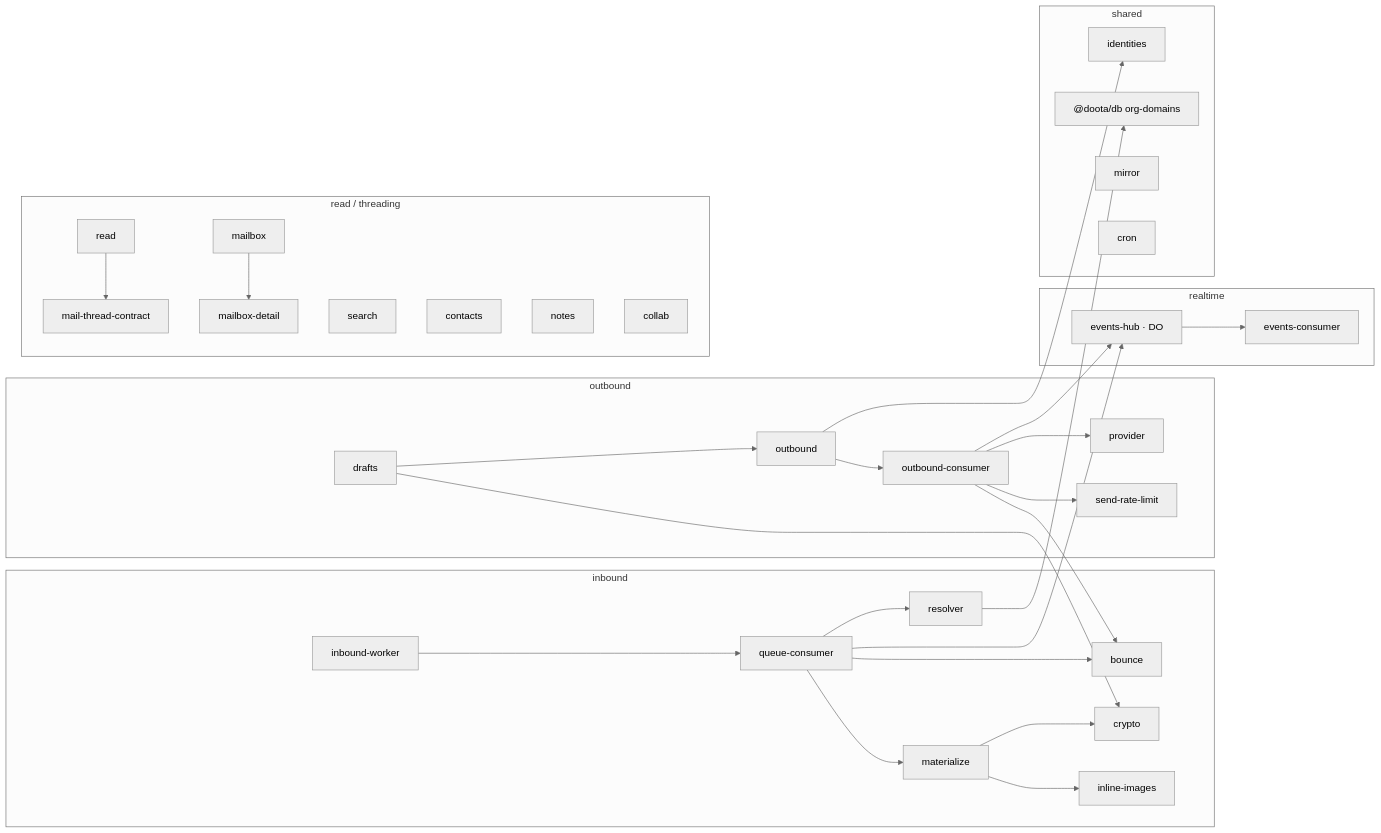
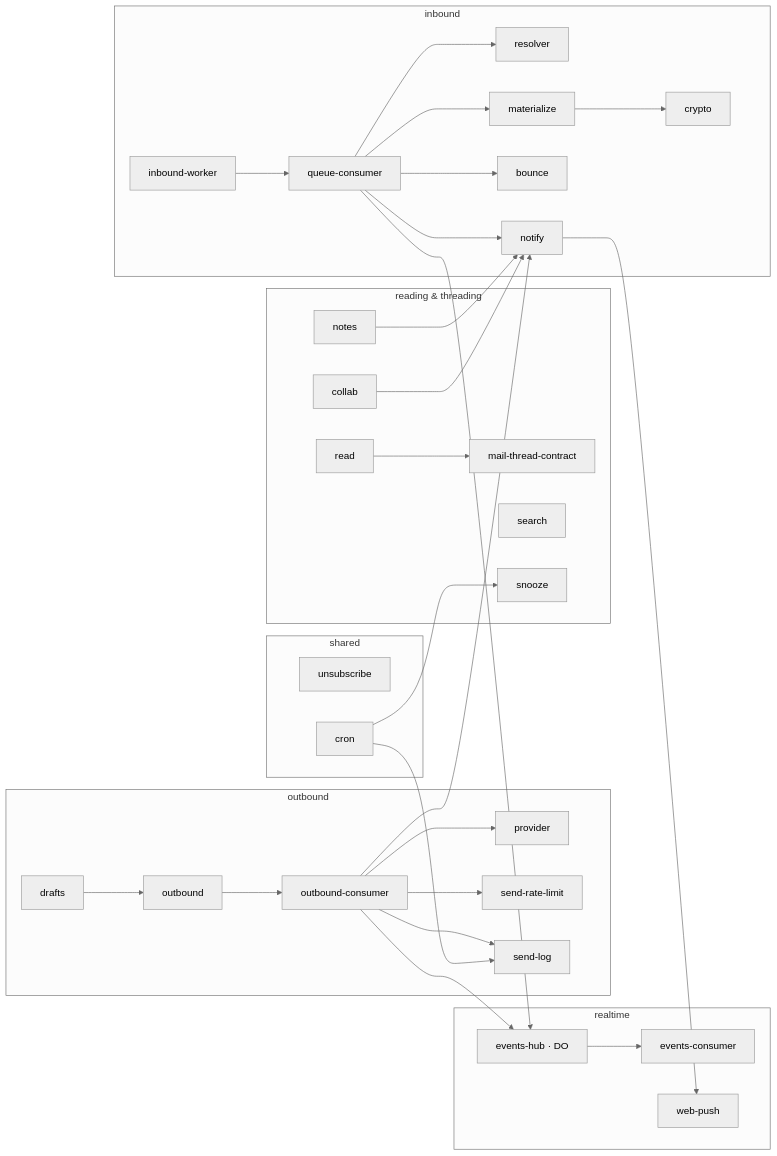
Before and after one commit to etherCorps/doota: the sixth of 6 diagrams in apps/docs/src/content/docs/reference/architecture-diagrams.md, drawn with Mermaid (neutral theme). The commit also changed other lines of this file and 15 other files, not shown here.

First line of the commit message:
docs: rewrite internal docs current + refresh public docs with logo'd architecture

````diff
--- a/apps/docs/src/content/docs/reference/architecture-diagrams.md
+++ b/apps/docs/src/content/docs/reference/architecture-diagrams.md
@@ -462,42 +547,40 @@
 ```mermaid
 flowchart LR
     subgraph inbound
         iw[inbound-worker] --> qc[queue-consumer]
         qc --> resolver
         qc --> materialize
         qc --> bounce
+        qc --> notify
         materialize --> crypto
-        materialize --> inline-images
     end
     subgraph outbound
         ob[outbound] --> oc[outbound-consumer]
         oc --> provider
         oc --> send-rate-limit
-        oc --> bounce
+        oc --> notify
+        oc --> send-log
         drafts --> ob
     end
-    subgraph read_layer["read / threading"]
+    subgraph read_layer["reading & threading"]
         read --> mail-thread-contract
-        mailbox --> mailbox-detail
         search
-        contacts
-        notes
-        collab
+        notes --> notify
+        collab --> notify
+        snooze
     end
     subgraph realtime
         events-hub[events-hub · DO] --> events-consumer
+        notify --> web-push
     end
     subgraph shared
         crypto
-        identities
-        org-domains["@doota/db org-domains"]
-        mirror
+        unsubscribe
         cron
     end
 
     oc --> events-hub
     qc --> events-hub
-    resolver --> org-domains
-    ob --> identities
-    drafts --> crypto
+    cron --> snooze
+    cron --> send-log
 ```
````
